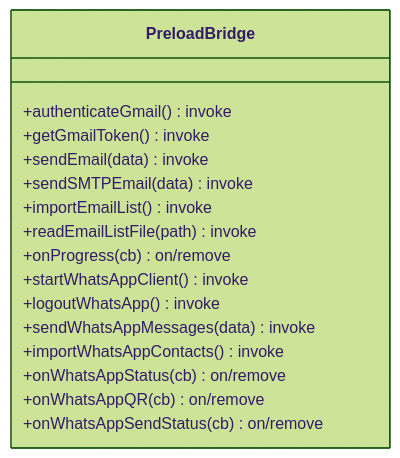
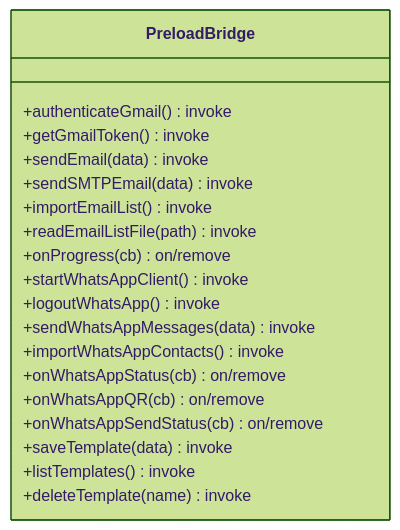
Before and after one commit to tashifkhan/tashif.codes: the fourth of 13 diagrams in src/data/docs/bulk-messaging-system/Desktop Application Architecture/Desktop Application Architecture.md, drawn with Mermaid (forest theme). The commit also changed other lines of this file and 2128 other files, not shown here.

First line of the commit message:
docs: replace raster diagram images with native Mermaid across project guides

````diff
--- a/src/data/docs/bulk-messaging-system/Desktop Application Architecture/Desktop Application Architecture.md
+++ b/src/data/docs/bulk-messaging-system/Desktop Application Architecture/Desktop Application Architecture.md
@@ -119,19 +125,22 @@
 ```mermaid
 classDiagram
 class PreloadBridge {
 +authenticateGmail() invoke
 +getGmailToken() invoke
 +sendEmail(data) invoke
 +sendSMTPEmail(data) invoke
 +importEmailList() invoke
 +readEmailListFile(path) invoke
 +onProgress(cb) on/remove
 +startWhatsAppClient() invoke
 +logoutWhatsApp() invoke
 +sendWhatsAppMessages(data) invoke
 +importWhatsAppContacts() invoke
 +onWhatsAppStatus(cb) on/remove
 +onWhatsAppQR(cb) on/remove
 +onWhatsAppSendStatus(cb) on/remove
++saveTemplate(data) invoke
++listTemplates() invoke
++deleteTemplate(name) invoke
 }
 ```
````
